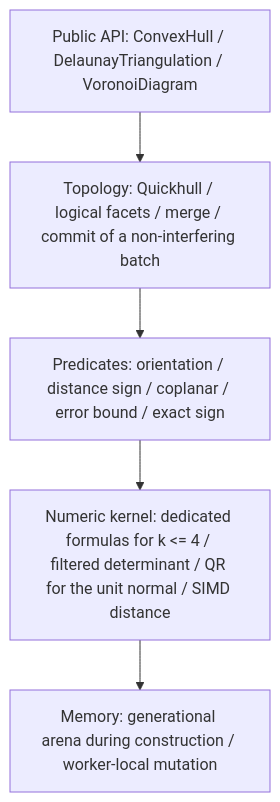
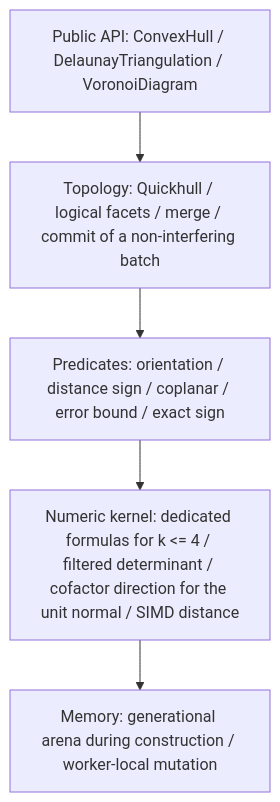
One commit to YUKIKEDA/convx changed the first of 2 diagrams in docs/design.md. Above: the diagram before and after it, drawn with Mermaid. The commit also changed other lines of this file and 6 other files, not shown here.

First line of the commit message:
docs(design): publish the certified cofactor direction as every facet's normal (#219)

````diff
--- a/docs/design.md
+++ b/docs/design.md
@@ -45,9 +45,9 @@
 ```mermaid
 flowchart TD
     api["Public API: ConvexHull / DelaunayTriangulation / VoronoiDiagram"]
     topo["Topology: Quickhull / logical facets / merge / commit of a non-interfering batch"]
     pred["Predicates: orientation / distance sign / coplanar / error bound / exact sign"]
-    num["Numeric kernel: dedicated formulas for k <= 4 / filtered determinant / QR for the unit normal / SIMD distance"]
+    num["Numeric kernel: dedicated formulas for k <= 4 / filtered determinant / cofactor direction for the unit normal / SIMD distance"]
     mem["Memory: generational arena during construction / worker-local mutation"]
     api --> topo --> pred --> num --> mem
 ```
````
